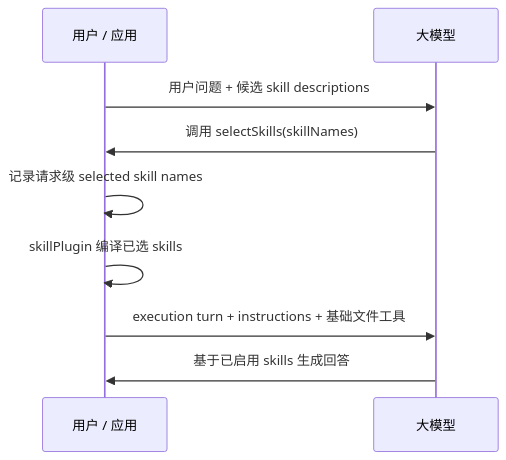
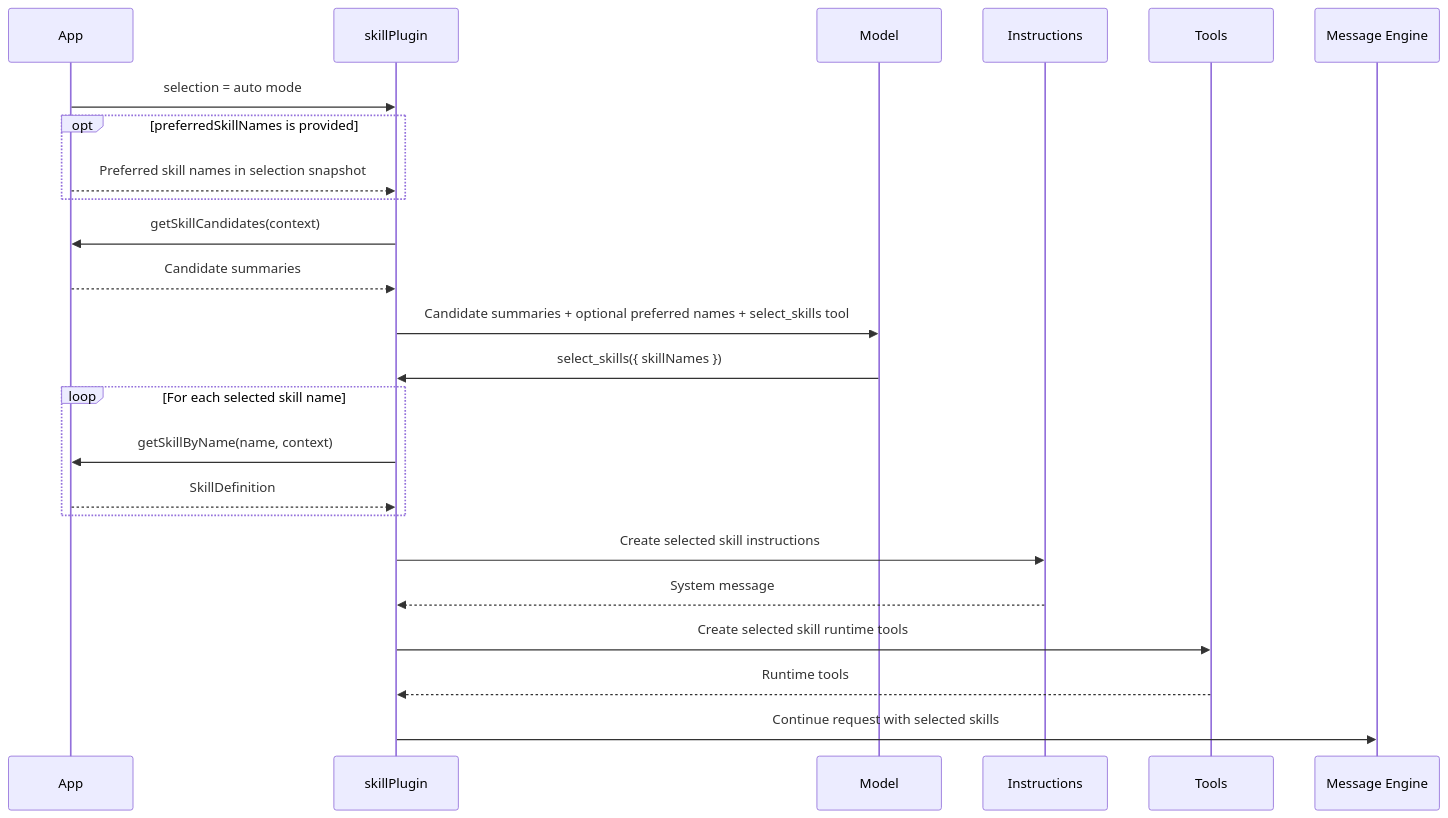
One commit to opentiny/tiny-robot changed the second of 2 diagrams in packages/kit/src/skills/README.md. Above: the diagram before and after it, drawn with Mermaid. The commit also changed other lines of this file and 46 other files, not shown here.

````diff
--- a/packages/kit/src/skills/README.md
+++ b/packages/kit/src/skills/README.md
@@ -270,12 +268,27 @@
 ```mermaid
 sequenceDiagram
-  participant App as 用户 / 应用
-  participant Model as 大模型
+  participant App
+  participant Plugin as skillPlugin
+  participant Model
+  participant Instructions
+  participant Tools
+  participant Engine as Message Engine
 
-  App->>Model: 用户问题 + 候选 skill descriptions
-  Model->>App: 调用 selectSkills(skillNames)
-  App->>App: 记录请求级 selected skill names
-  App->>App: skillPlugin 编译已选 skills
-  App->>Model: execution turn + instructions + 基础文件工具
-  Model->>App: 基于已启用 skills 生成回答
+  App->>Plugin: selection = auto mode
+  opt preferredSkillNames is provided
+    App-->>Plugin: Preferred skill names in selection snapshot
+  end
+  Plugin->>App: getSkillCandidates(context)
+  App-->>Plugin: Candidate summaries
+  Plugin->>Model: Candidate summaries + optional preferred names + select_skills tool
+  Model->>Plugin: select_skills({ skillNames })
+  loop For each selected skill name
+    Plugin->>App: getSkillByName(name, context)
+    App-->>Plugin: SkillDefinition
+  end
+  Plugin->>Instructions: Create selected skill instructions
+  Instructions-->>Plugin: System message
+  Plugin->>Tools: Create selected skill runtime tools
+  Tools-->>Plugin: Runtime tools
+  Plugin->>Engine: Continue request with selected skills
 ```
````
